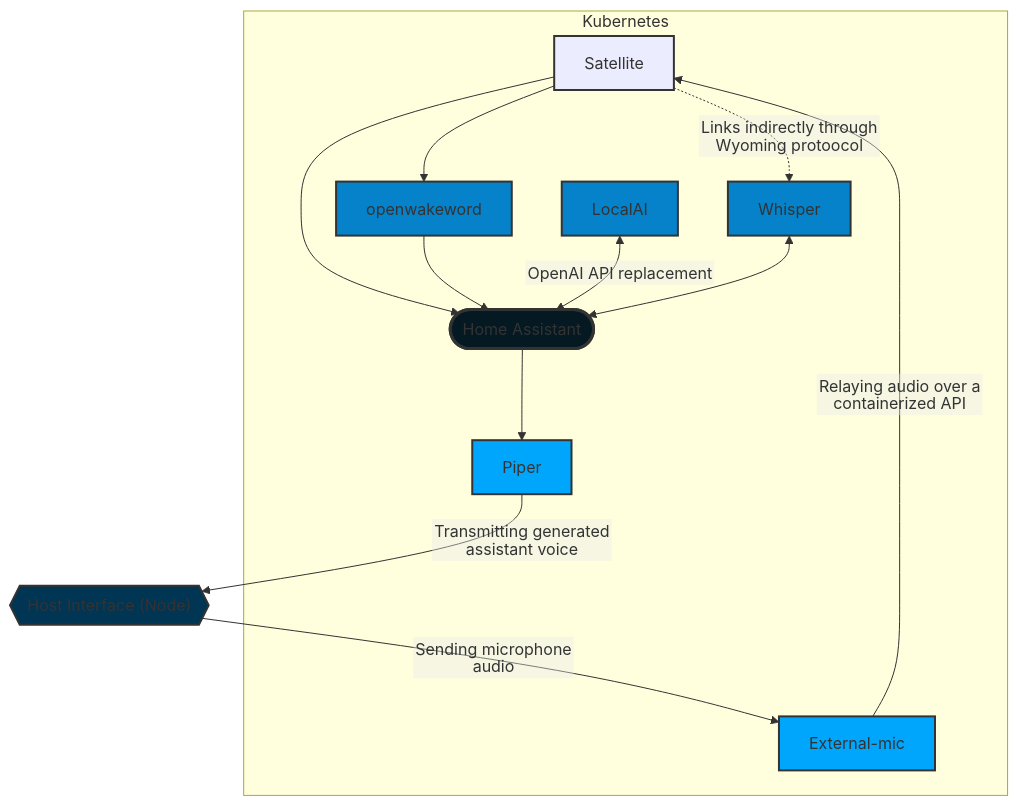
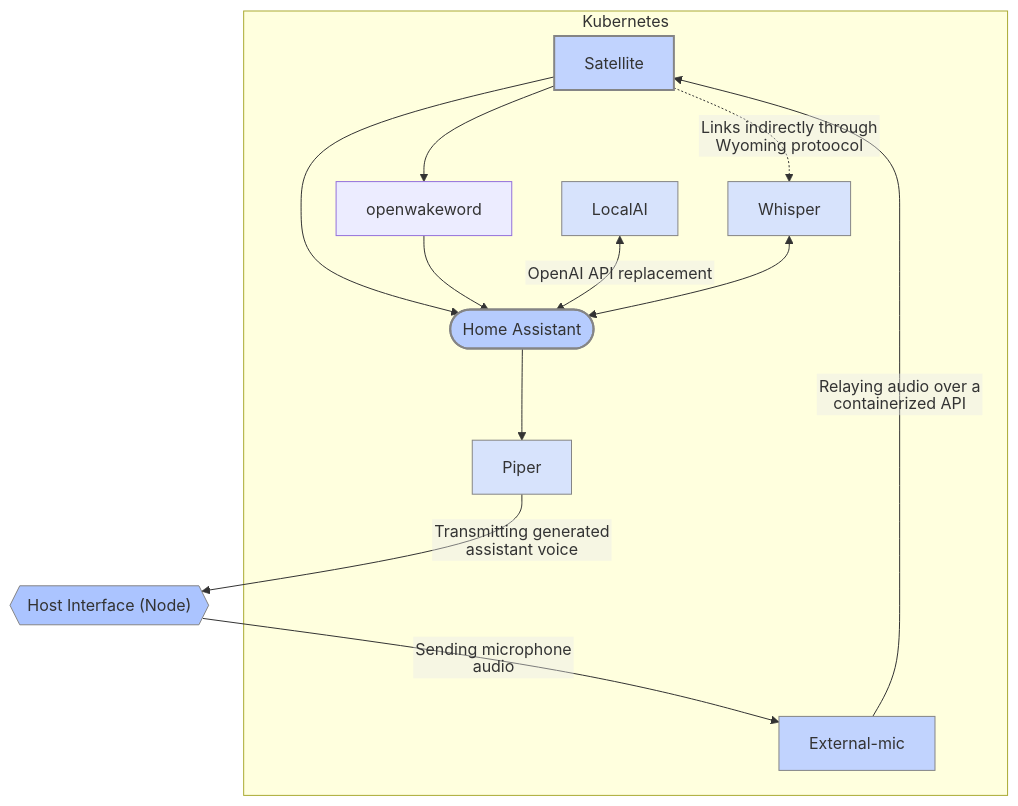
The diagram in apps/home/README.md (gruberdev/homelab), drawn with Mermaid before and after one commit. The commit also changed other lines of this file, not shown here.

Commit message:
[home] improved diagram for home-related resources

````diff
--- a/apps/home/README.md
+++ b/apps/home/README.md
@@ -11,41 +11,42 @@
 ```mermaid
 %%{init: {"flowchart": {"htmlLabels": false}} }%%
 
 flowchart TD
  subgraph k8s["Kubernetes"]
         Satellite["Satellite"]
         openwakeword["openwakeword"]
         External-mic["External-mic"]
         HomeAssistant(["Home Assistant"])
         LocalAI["LocalAI"]
         Piper["Piper"]
         Whisper["Whisper"]
   end
     click HomeAssistant callback "Github link for Home-Assistant"
     click HomeAssistant "https://github.com/gruberdev/homelab/tree/main/apps/home/ha" "Github app path"
     click HomeAssistant "https://github.com/gruberdev/homelab/tree/main/apps/home/ha" "Github app path"
     click External-mic "https://github.com/gruberdev/homelab/tree/main/apps/home/external-mic" "Github app path"
     click openwakeword "https://github.com/gruberdev/homelab/tree/main/apps/home/openwakeword" "Github app path"
     click Piper "https://github.com/gruberdev/homelab/tree/main/apps/home/piper" "Github app path"
     click Whisper "https://github.com/gruberdev/homelab/tree/main/apps/home/whisper" "Github app path"
     click Satellite "https://github.com/gruberdev/homelab/tree/main/apps/home/satellite" "Github app path"
     click LocalAI "https://github.com/gruberdev/homelab/tree/main/apps/services/mlops/local-ai" "Github app path"
+
     Host_Computer{{"Host Interface (Node)"}} -- Sending microphone audio --> External-mic
     Satellite -. Links indirectly through Wyoming protoocol .-> Whisper
     External-mic -- Relaying audio over a containerized API --> Satellite
     Satellite --> HomeAssistant & openwakeword
     openwakeword --> HomeAssistant
     LocalAI <-- OpenAI API replacement --> HomeAssistant
     HomeAssistant --> Piper
     Whisper <--> HomeAssistant
     Piper -- Transmitting generated assistant voice --> Host_Computer
 
-  style Satellite fill:##0582ca,stroke:#333,stroke-width:2px,stroke-dasharray: 0
-  style openwakeword fill:#0582ca,stroke:#333,stroke-width:2px
-  style External-mic fill:#00a6fb,stroke:#333,stroke-width:2px
-  style HomeAssistant fill:#051923,stroke:#333,stroke-width:3px,stroke-dasharray: 0
-  style LocalAI fill:#0582ca,stroke:#333,stroke-width:2px
-  style Piper fill:#00a6fb,stroke:#333,stroke-width:2px
-  style Whisper fill:#0582ca,stroke:#333,stroke-width:2px
-  style Host_Computer  fill:#003554,stroke:#333,stroke-width:2px
+    style Satellite fill:#c1d3fe,stroke:#858585,stroke-width:2px,stroke-dasharray: 0
+    style openwakeword fill:#c1d3fe stroke:#858585,stroke-width:1px
+    style External-mic fill:#c1d3fe,stroke:#858585,stroke-width:1px
+    style HomeAssistant fill:#b6ccfe,stroke:#858585,stroke-width:2px,stroke-dasharray: 0
+    style LocalAI fill:#d7e3fc,stroke:#858585,stroke-width:1px
+    style Piper fill:#d7e3fc,stroke:#858585,stroke-width:1px
+    style Whisper fill:#d7e3fc,stroke:#858585,stroke-width:1px
+    style Host_Computer fill:#abc4ff,stroke:#858585,stroke-width:1px
 ```
````
